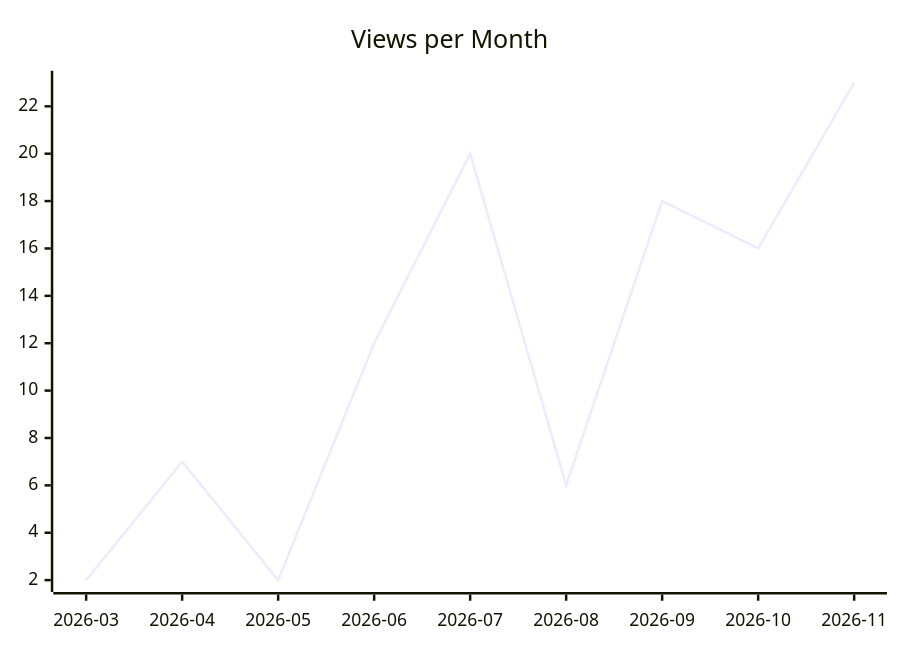
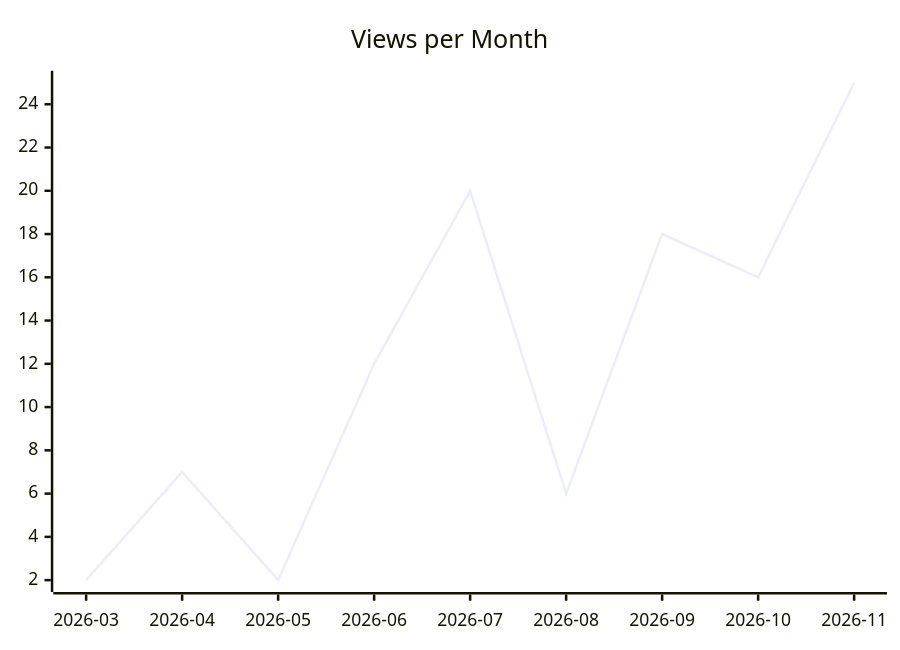
Before and after one commit to justdavis-family/github-analytics-data: the second of 3 diagrams in karlmdavis/fhir-benchmarks/README.md, drawn with Mermaid. The commit also changed other lines of this file and 196 other files, not shown here.

````diff
--- a/karlmdavis/fhir-benchmarks/README.md
+++ b/karlmdavis/fhir-benchmarks/README.md
@@ -12,6 +12,6 @@
 ```mermaid
 xychart-beta
   title "Views per Month"
   x-axis ["2026-03", "2026-04", "2026-05", "2026-06", "2026-07", "2026-08", "2026-09", "2026-10", "2026-11"]
-  line [2, 7, 2, 12, 20, 6, 18, 16, 23]
+  line [2, 7, 2, 12, 20, 6, 18, 16, 25]
 ```
````
